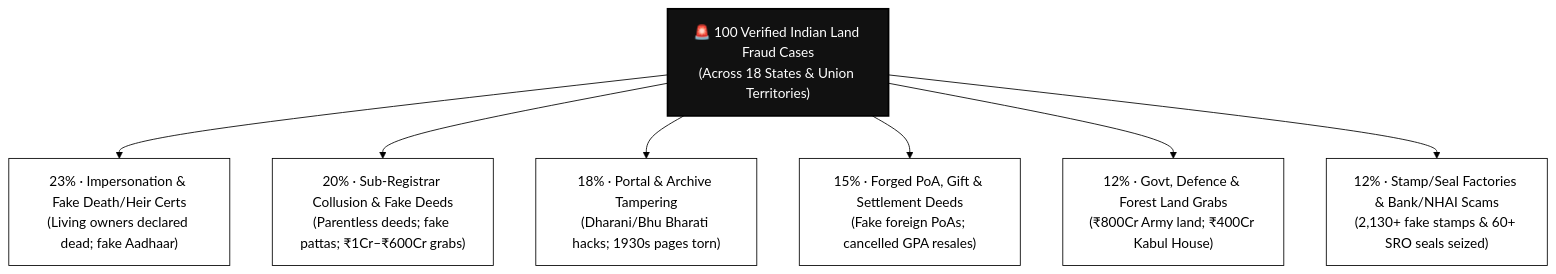
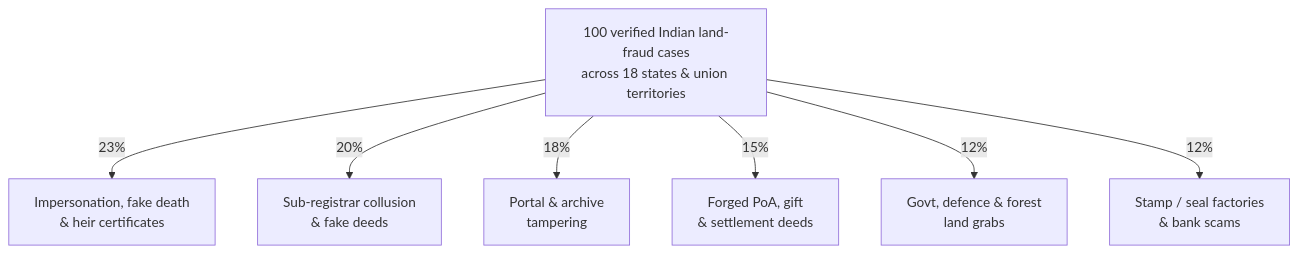
One commit to rmn2178/NOSIH-secure changed the second of 8 diagrams in README.md. Above: the diagram before and after it, drawn with Mermaid. The commit also changed other lines of this file, not shown here.

First line of the commit message:
docs(readme): rework mermaid diagrams for theme-adaptive clarity

````diff
--- a/README.md
+++ b/README.md
@@ -103,13 +98,10 @@
 ```mermaid
-%%{init: {'theme': 'base', 'themeVariables': { 'primaryColor': '#ffffff', 'primaryTextColor': '#000000', 'primaryBorderColor': '#000000', 'lineColor': '#000000'}}}%%
 flowchart TD
-    ROOT["🚨 100 Verified Indian Land Fraud Cases<br/>(Across 18 States & Union Territories)"]
-    ROOT --> V1["23% · Impersonation & Fake Death/Heir Certs<br/>(Living owners declared dead; fake Aadhaar)"]
-    ROOT --> V2["20% · Sub-Registrar Collusion & Fake Deeds<br/>(Parentless deeds; fake pattas; ₹1Cr–₹600Cr grabs)"]
-    ROOT --> V3["18% · Portal & Archive Tampering<br/>(Dharani/Bhu Bharati hacks; 1930s pages torn)"]
-    ROOT --> V4["15% · Forged PoA, Gift & Settlement Deeds<br/>(Fake foreign PoAs; cancelled GPA resales)"]
-    ROOT --> V5["12% · Govt, Defence & Forest Land Grabs<br/>(₹800Cr Army land; ₹400Cr Kabul House)"]
-    ROOT --> V6["12% · Stamp/Seal Factories & Bank/NHAI Scams<br/>(2,130+ fake stamps & 60+ SRO seals seized)"]
-
-    style ROOT fill:#111111,stroke:#000000,stroke-width:2px,color:#ffffff
+    ROOT["100 verified Indian land-fraud cases<br/>across 18 states & union territories"]
+    ROOT -->|23%| V1["Impersonation, fake death<br/>& heir certificates"]
+    ROOT -->|20%| V2["Sub-registrar collusion<br/>& fake deeds"]
+    ROOT -->|18%| V3["Portal & archive<br/>tampering"]
+    ROOT -->|15%| V4["Forged PoA, gift<br/>& settlement deeds"]
+    ROOT -->|12%| V5["Govt, defence & forest<br/>land grabs"]
+    ROOT -->|12%| V6["Stamp / seal factories<br/>& bank scams"]
 ```
````
